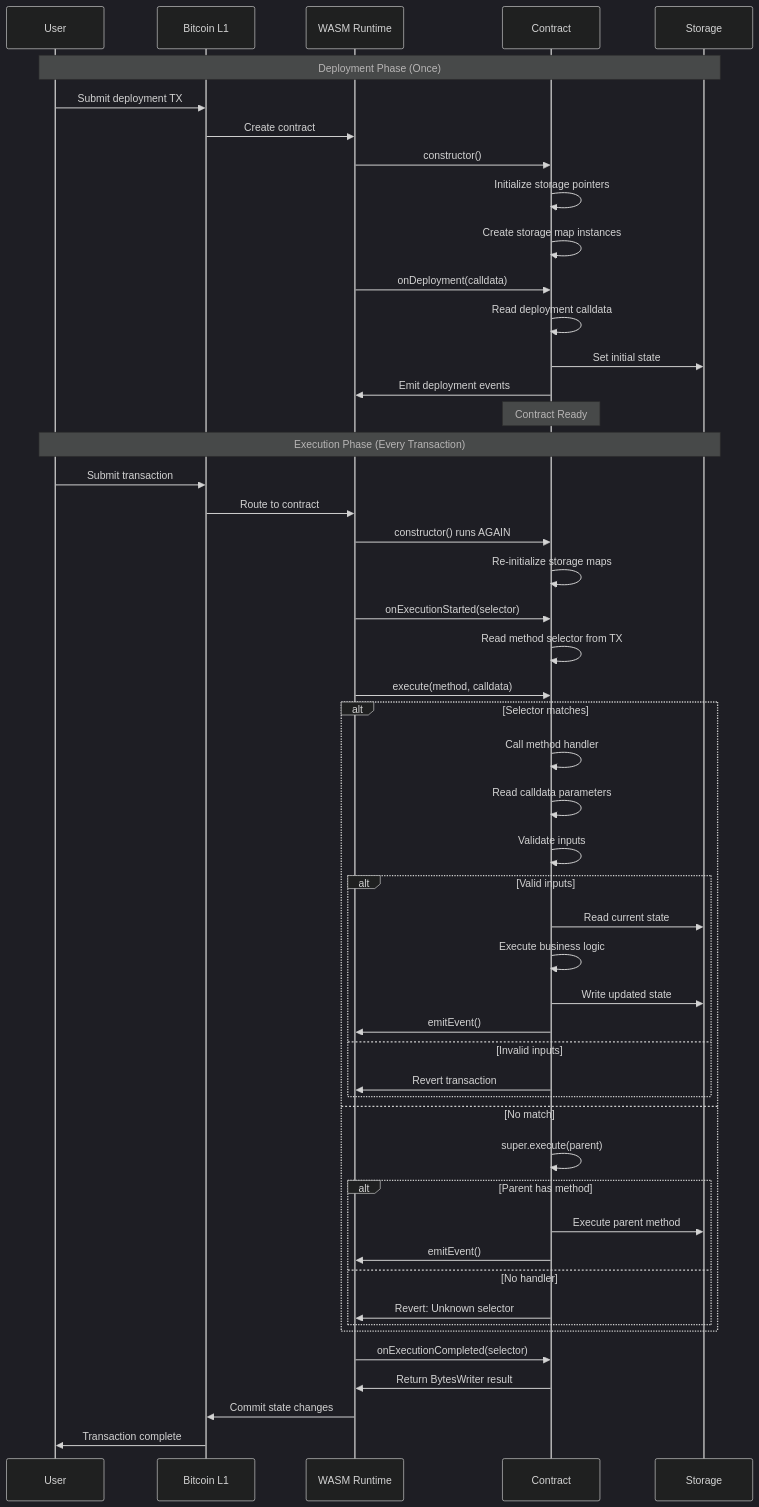
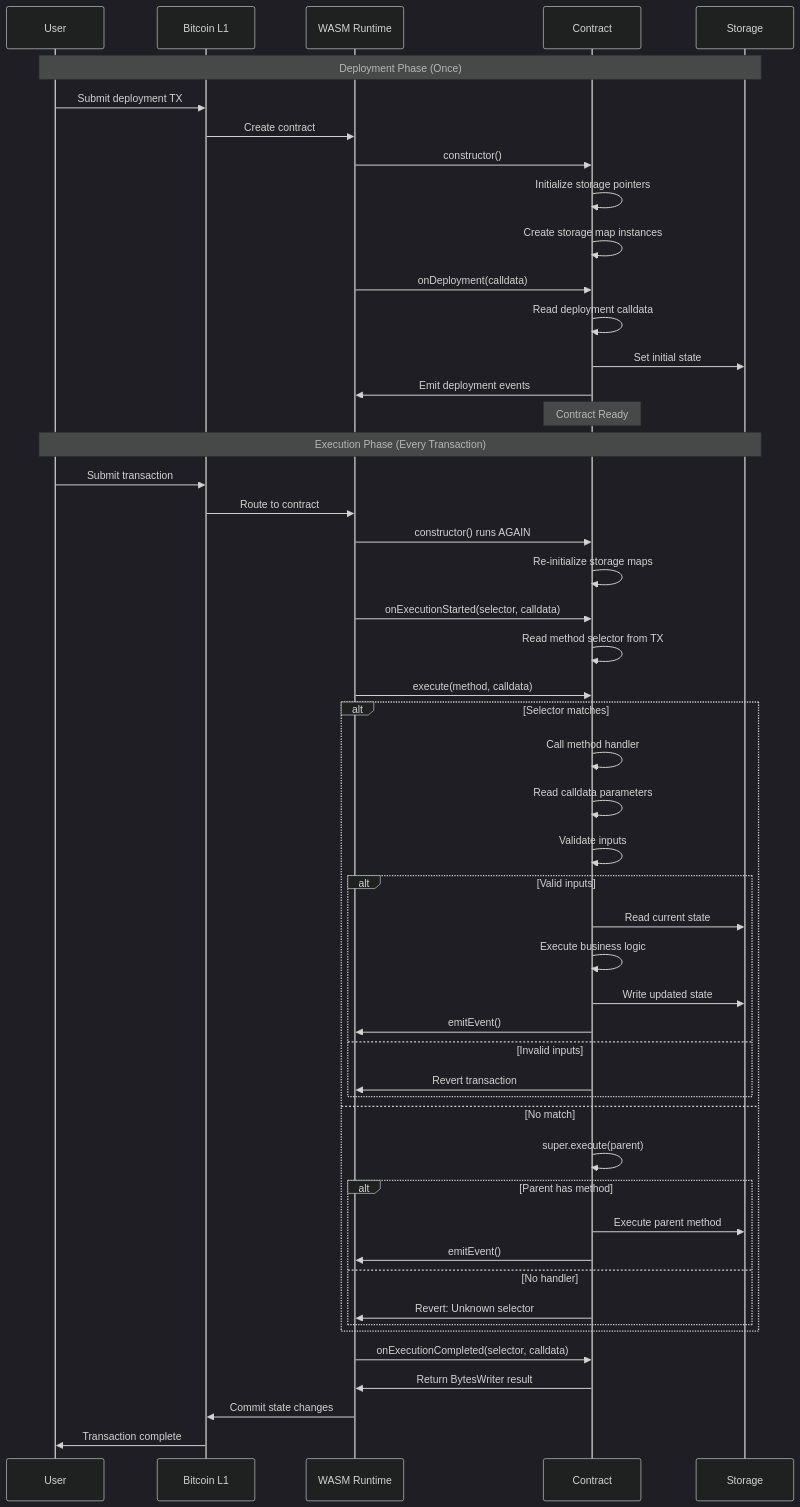
The second of 3 diagrams in docs/contracts/op-net-base.md (btc-vision/btc-runtime), drawn with Mermaid before and after one commit. The commit also changed other lines of this file and 30 other files, not shown here.

````diff
--- a/docs/contracts/op-net-base.md
+++ b/docs/contracts/op-net-base.md
@@ -107,60 +122,60 @@
 ```mermaid
 ---
 config:
   theme: dark
 ---
 sequenceDiagram
     participant User as User
     participant Bitcoin as Bitcoin L1
     participant WASM as WASM Runtime
     participant Contract as Contract
     participant Storage as Storage
 
     Note over User,Storage: Deployment Phase (Once)
     User->>Bitcoin: Submit deployment TX
     Bitcoin->>WASM: Create contract
     WASM->>Contract: constructor()
     Contract->>Contract: Initialize storage pointers
     Contract->>Contract: Create storage map instances
     WASM->>Contract: onDeployment(calldata)
     Contract->>Contract: Read deployment calldata
     Contract->>Storage: Set initial state
     Contract->>WASM: Emit deployment events
     Note over Contract: Contract Ready
 
     Note over User,Storage: Execution Phase (Every Transaction)
     User->>Bitcoin: Submit transaction
     Bitcoin->>WASM: Route to contract
     WASM->>Contract: constructor() runs AGAIN
     Contract->>Contract: Re-initialize storage maps
-    WASM->>Contract: onExecutionStarted(selector)
+    WASM->>Contract: onExecutionStarted(selector, calldata)
     Contract->>Contract: Read method selector from TX
     WASM->>Contract: execute(method, calldata)
 
     alt Selector matches
         Contract->>Contract: Call method handler
         Contract->>Contract: Read calldata parameters
         Contract->>Contract: Validate inputs
         alt Valid inputs
             Contract->>Storage: Read current state
             Contract->>Contract: Execute business logic
             Contract->>Storage: Write updated state
             Contract->>WASM: emitEvent()
         else Invalid inputs
             Contract->>WASM: Revert transaction
         end
     else No match
         Contract->>Contract: super.execute(parent)
         alt Parent has method
             Contract->>Storage: Execute parent method
             Contract->>WASM: emitEvent()
         else No handler
             Contract->>WASM: Revert: Unknown selector
         end
     end
 
-    WASM->>Contract: onExecutionCompleted(selector)
+    WASM->>Contract: onExecutionCompleted(selector, calldata)
     Contract->>WASM: Return BytesWriter result
     WASM->>Bitcoin: Commit state changes
     Bitcoin->>User: Transaction complete
 ```
````
